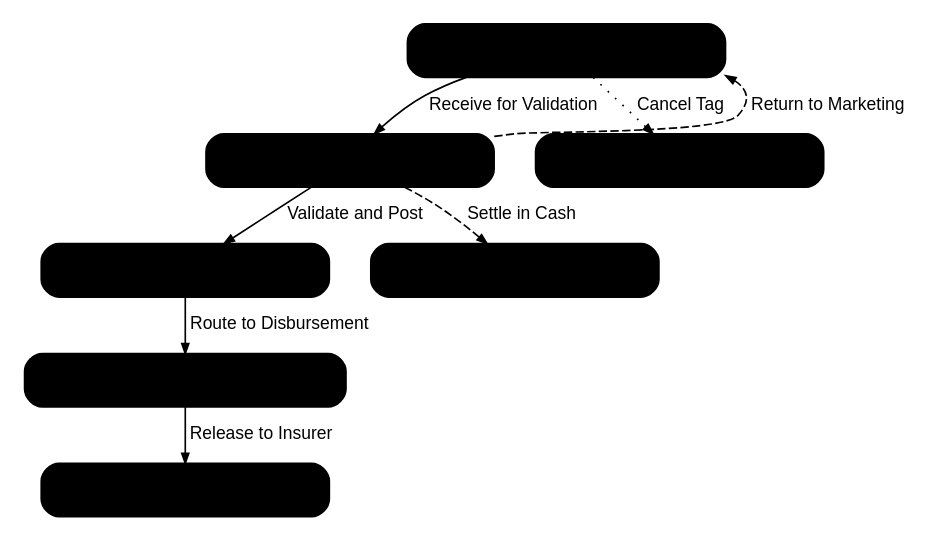
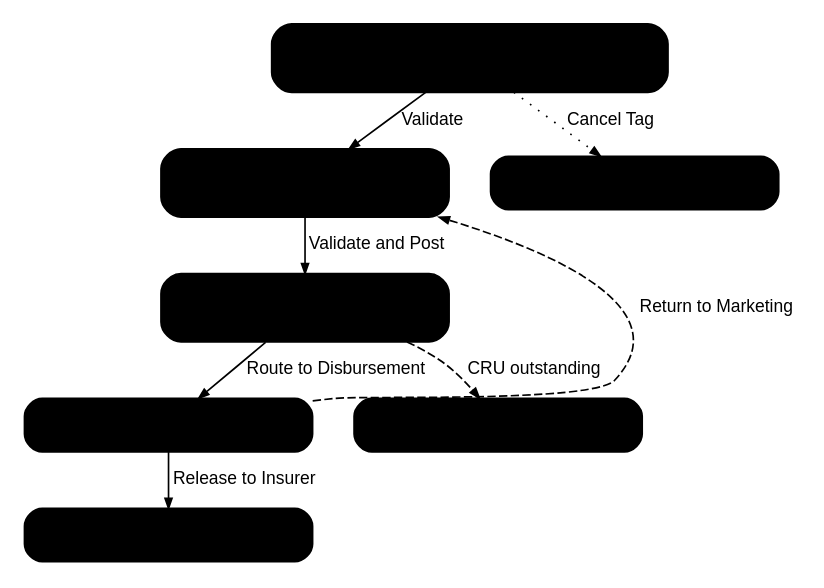
One commit to IortaTexhNXT-DEV/FinVerse changed the diagram in docs/deliverables/src/BRD-02_Operations/figures/brd02_wf_cwt2307.dot. Above: the diagram before and after it, drawn with Graphviz. The commit also changed 1 other file, not shown here.

Commit message:
FRS BRD-02 v2.1: re-base references and page citations on BRD v1.01 and the May 2026 annexes; check pick-up and Cashiering BIR 2307 removed, PR 2307 owned by Marketing Collection, minimal balances cleared at processing

```diff
--- a/docs/deliverables/src/BRD-02_Operations/figures/brd02_wf_cwt2307.dot
+++ b/docs/deliverables/src/BRD-02_Operations/figures/brd02_wf_cwt2307.dot
@@ -1,25 +1,25 @@
-// BRD-2: workflow OPS_CWT_2307 (V764; CSHID.026/027, MKTID.010/013, DBMID.001). FRS section 5. Stage owner in the second line.
-// Solid = main path, dashed = return or optional path, dotted = closes the case.
+// BRD-2: workflow OPS_CWT_2307 as proposed for FRS v2.1 (MKTID.010/013, DBMID.001 of BRD v1.01; CSHID.026/027 deleted).
+// FRS section 5. Stage owner in the second line. Solid = main path, dashed = return or optional path, dotted = closes the case.
 digraph wf_cwt2307 {
   graph [rankdir=TB, fontname="Arial", nodesep=0.35, ranksep=0.3, bgcolor="white", pad=0.1];
   node  [shape=box, style="rounded,filled", fillcolor="@BG_BLUE", color="@HEADER_BLUE", penwidth=1.1,
          fontname="Arial", fontsize=12, fontcolor="@NEAR_BLACK", width=2.4, height=0.45, margin="0.08,0.02"];
   edge  [color="@MUTED", arrowsize=0.6, fontname="Arial", fontsize=10.5, fontcolor="@TEXT"];
 
-  TAGGED [label="TAGGED\nMarketing Collection (CWT_TAG)"];
-  VALIDATING [label="VALIDATING\nCashier (CWT_PROCESS)"];
-  REPORT_POSTED [label="REPORT_POSTED\nCashier (CWT_PROCESS)"];
-  WITH_DISBURSEMENT [label="WITH_DISBURSEMENT\nDisbursement (DISB_PROCESS)"];
-  RELEASED [label="RELEASED", fillcolor="@SUCCESS_BG", color="@SUCCESS"];
-  SETTLED_CASH [label="SETTLED_CASH", fillcolor="@SUCCESS_BG", color="@SUCCESS"];
+  TAGGED [label="TAGGED\nMarketing Collection\n(PR 2307, PR balance and CRU checked)"];
+  VALIDATING [label="VALIDATING\nMarketing Collection\n(batch against the certificates)"];
+  REPORT_POSTED [label="REPORT_POSTED\nMarketing Collection\n(report posted, PR zeroed)"];
+  WITH_DISBURSEMENT [label="WITH_DISBURSEMENT\nDisbursement"];
+  RELEASED [label="RELEASED\n(certificates with the insurer)", fillcolor="@SUCCESS_BG", color="@SUCCESS"];
+  CRU [label="For Commission Receivable\n(flag, CRU outstanding)", fillcolor="@DIRTY_WHITE", color="@MUTED"];
   CANCELLED [label="CANCELLED", fillcolor="@DIRTY_WHITE", color="@MUTED"];
 
-  TAGGED -> VALIDATING [label=" Receive for Validation"];
+  TAGGED -> VALIDATING [label=" Validate"];
   VALIDATING -> REPORT_POSTED [label=" Validate and Post"];
   REPORT_POSTED -> WITH_DISBURSEMENT [label=" Route to Disbursement"];
   WITH_DISBURSEMENT -> RELEASED [label=" Release to Insurer"];
-  VALIDATING -> SETTLED_CASH [label=" Settle in Cash", style=dashed];
-  VALIDATING -> TAGGED [label=" Return to Marketing", style=dashed, constraint=false];
+  WITH_DISBURSEMENT -> VALIDATING [label=" Return to Marketing", style=dashed, constraint=false];
+  REPORT_POSTED -> CRU [label=" CRU outstanding", style=dashed];
   TAGGED -> CANCELLED [label=" Cancel Tag", style=dotted];
   { rank=same; VALIDATING; CANCELLED; }
 }
```
